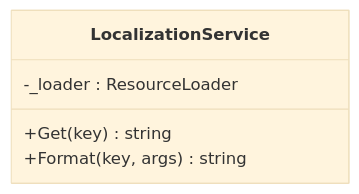
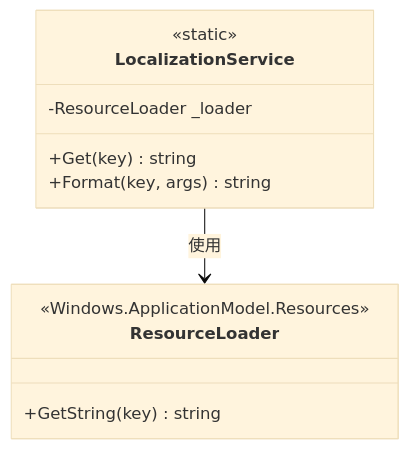
One commit to AgenticDesktop/App changed the third of 4 diagrams in .qoder/repowiki/zh/content/国际化支持.md. Above: the diagram before and after it, drawn with Mermaid (base theme). The commit also changed other lines of this file and 108 other files, not shown here.

````diff
--- a/.qoder/repowiki/zh/content/国际化支持.md
+++ b/.qoder/repowiki/zh/content/国际化支持.md
@@ -148,8 +170,14 @@
 ```mermaid
 classDiagram
 class LocalizationService {
+-ResourceLoader _loader
 +Get(key) string
 +Format(key, args) string
--_loader : ResourceLoader
+<<static>>
 }
+class ResourceLoader {
++GetString(key) string
+<<Windows.ApplicationModel.Resources>>
+}
+LocalizationService --> ResourceLoader : 使用
 ```
````
